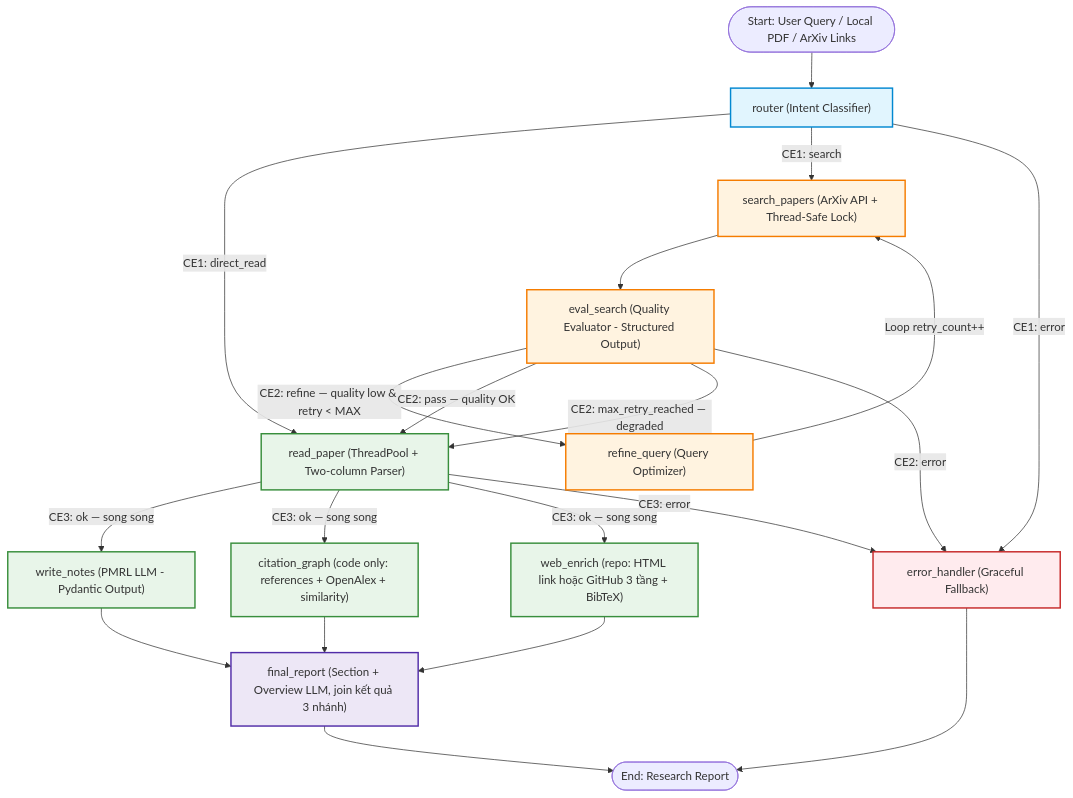
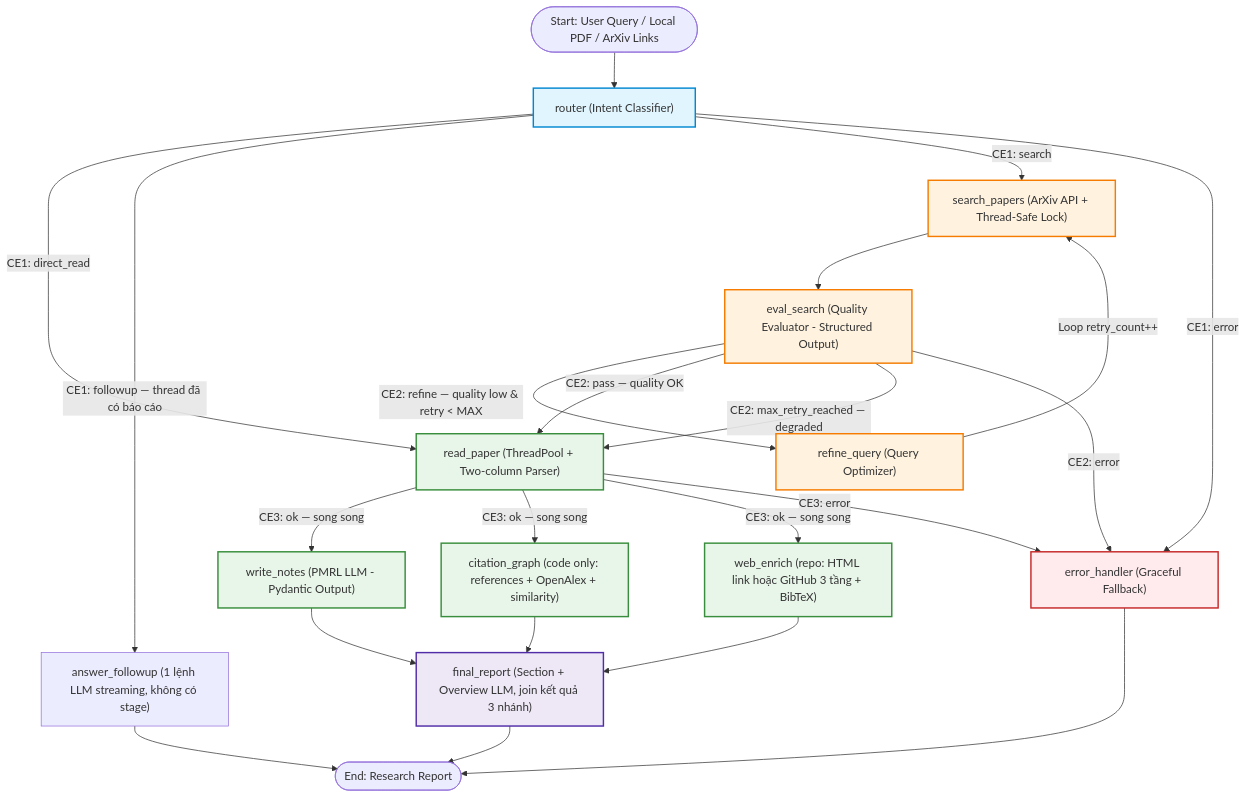
Before and after one commit to HaAnh05/Agent-research-papers: the diagram in docs/architecture.md, drawn with Mermaid. The commit also changed other lines of this file and 11 other files, not shown here.

First line of the commit message:
P4: followup intent, answer_followup node, thread context and persistence

````diff
--- a/docs/architecture.md
+++ b/docs/architecture.md
@@ -9,42 +9,44 @@
 ```mermaid
 flowchart TD
     Start([Start: User Query / Local PDF / ArXiv Links]) --> Router["router (Intent Classifier)"]
 
     %% CE1 Routing
     Router -->|CE1: direct_read| ReadPaper["read_paper (ThreadPool + Two-column Parser)"]
+    Router -->|CE1: followup — thread đã có báo cáo| AnswerFollowup["answer_followup (1 lệnh LLM streaming, không có stage)"]
     Router -->|CE1: search| SearchPapers["search_papers (ArXiv API + Thread-Safe Lock)"]
     Router -->|CE1: error| ErrorHandler["error_handler (Graceful Fallback)"]
 
     %% Search & Eval Loop
     SearchPapers --> EvalSearch["eval_search (Quality Evaluator - Structured Output)"]
 
     %% CE2 Routing
     EvalSearch -->|CE2: refine — quality low & retry < MAX| RefineQuery["refine_query (Query Optimizer)"]
     RefineQuery -->|Loop retry_count++| SearchPapers
     EvalSearch -->|CE2: pass — quality OK| ReadPaper
     EvalSearch -->|CE2: max_retry_reached — degraded| ReadPaper
     EvalSearch -->|CE2: error| ErrorHandler
 
     %% CE3 Routing: fan out to 3 parallel branches, join at final_report
     ReadPaper -->|CE3: ok — song song| WriteNotes["write_notes (PMRL LLM - Pydantic Output)"]
     ReadPaper -->|CE3: ok — song song| CitationGraph["citation_graph (code only: references + OpenAlex + similarity)"]
     ReadPaper -->|CE3: ok — song song| WebEnrich["web_enrich (repo: HTML link hoặc GitHub 3 tầng + BibTeX)"]
     ReadPaper -->|CE3: error| ErrorHandler
     WriteNotes --> FinalReport["final_report (Section + Overview LLM, join kết quả 3 nhánh)"]
     CitationGraph --> FinalReport
     WebEnrich --> FinalReport
 
     FinalReport --> End([End: Research Report])
+    AnswerFollowup --> End
     ErrorHandler --> End
 
     style Router fill:#e1f5fe,stroke:#0288d1,stroke-width:2px
     style SearchPapers fill:#fff3e0,stroke:#f57c00,stroke-width:2px
     style EvalSearch fill:#fff3e0,stroke:#f57c00,stroke-width:2px
     style RefineQuery fill:#fff3e0,stroke:#f57c00,stroke-width:2px
     style ReadPaper fill:#e8f5e9,stroke:#388e3c,stroke-width:2px
     style WebEnrich fill:#e8f5e9,stroke:#388e3c,stroke-width:2px
     style WriteNotes fill:#e8f5e9,stroke:#388e3c,stroke-width:2px
     style CitationGraph fill:#e8f5e9,stroke:#388e3c,stroke-width:2px
     style FinalReport fill:#ede7f6,stroke:#512da8,stroke-width:2px
     style ErrorHandler fill:#ffebee,stroke:#c62828,stroke-width:2px
 ```
````
